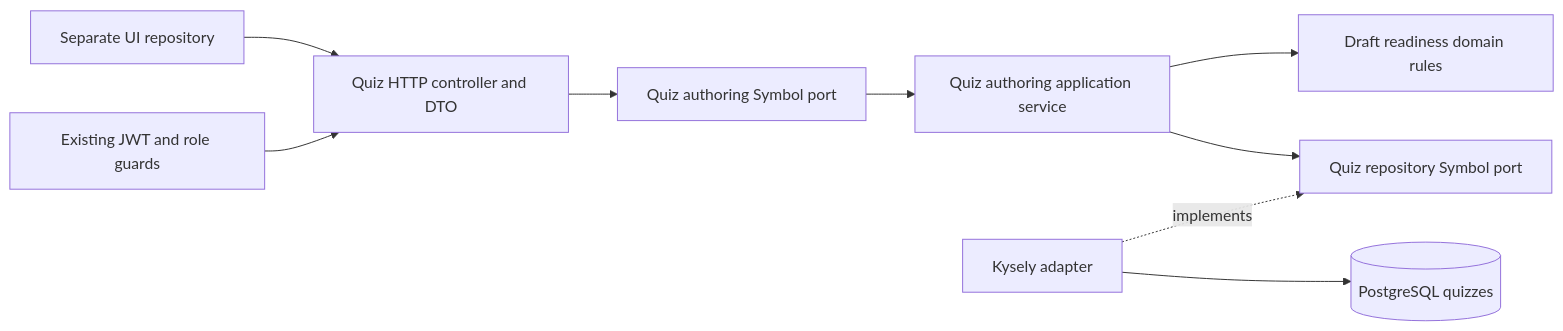
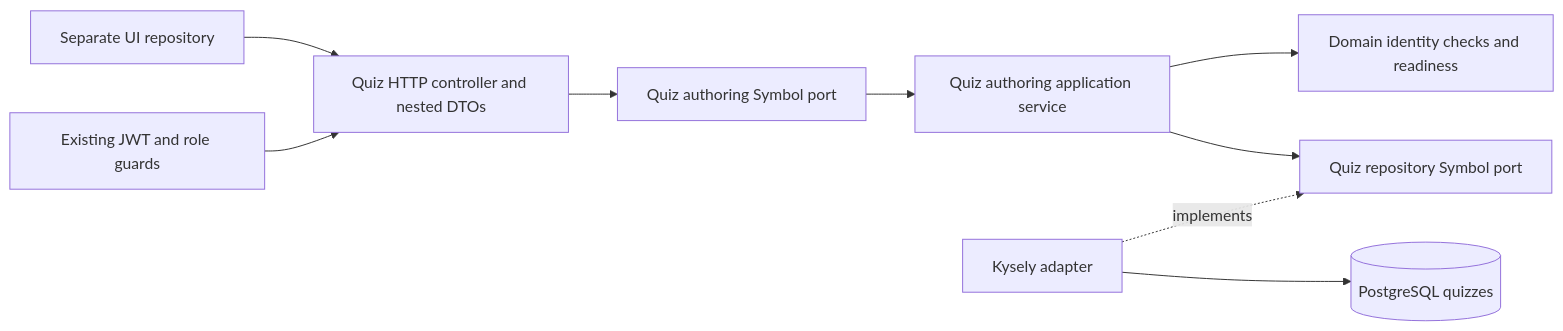
The first of 3 diagrams in docs/architecture/quiz-drafts.md (CusmaLinux/robinhoot), drawn with Mermaid before and after one commit. The commit also changed other lines of this file and 16 other files, not shown here.

````diff
--- a/docs/architecture/quiz-drafts.md
+++ b/docs/architecture/quiz-drafts.md
@@ -5,11 +5,11 @@
 ```mermaid
 flowchart LR
-    UI[Separate UI repository] --> Controller[Quiz HTTP controller and DTO]
+    UI[Separate UI repository] --> Controller[Quiz HTTP controller and nested DTOs]
     Guard[Existing JWT and role guards] --> Controller
     Controller --> InPort[Quiz authoring Symbol port]
     InPort --> Service[Quiz authoring application service]
-    Service --> Rules[Draft readiness domain rules]
+    Service --> Rules[Domain identity checks and readiness]
     Service --> OutPort[Quiz repository Symbol port]
     Adapter[Kysely adapter] -. implements .-> OutPort
     Adapter --> DB[(PostgreSQL quizzes)]
 ```
````
